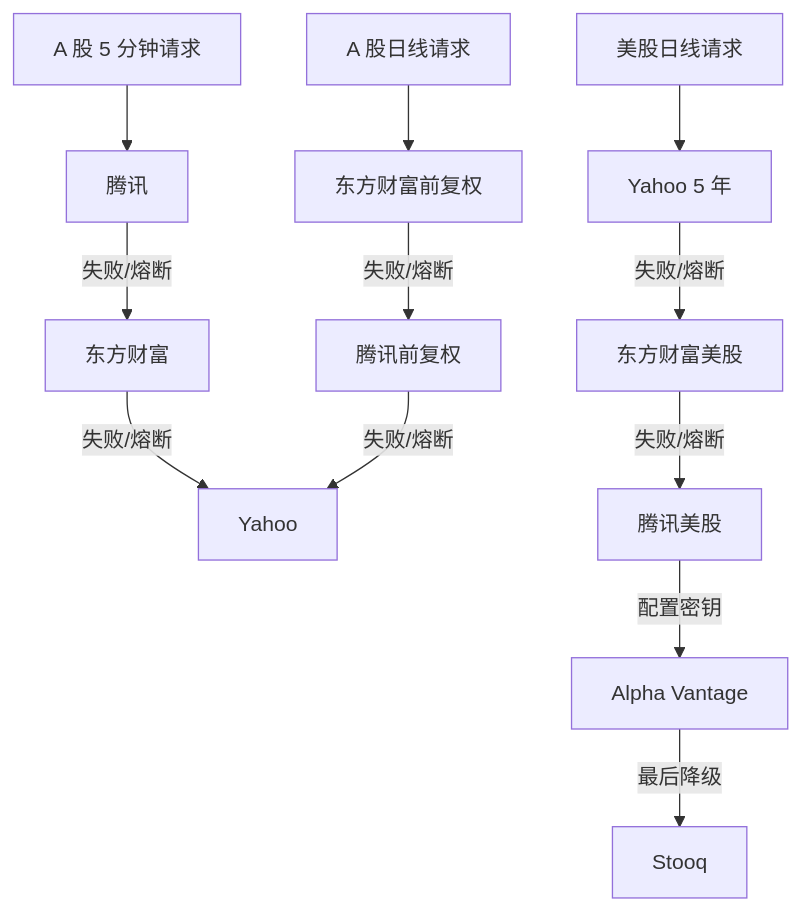
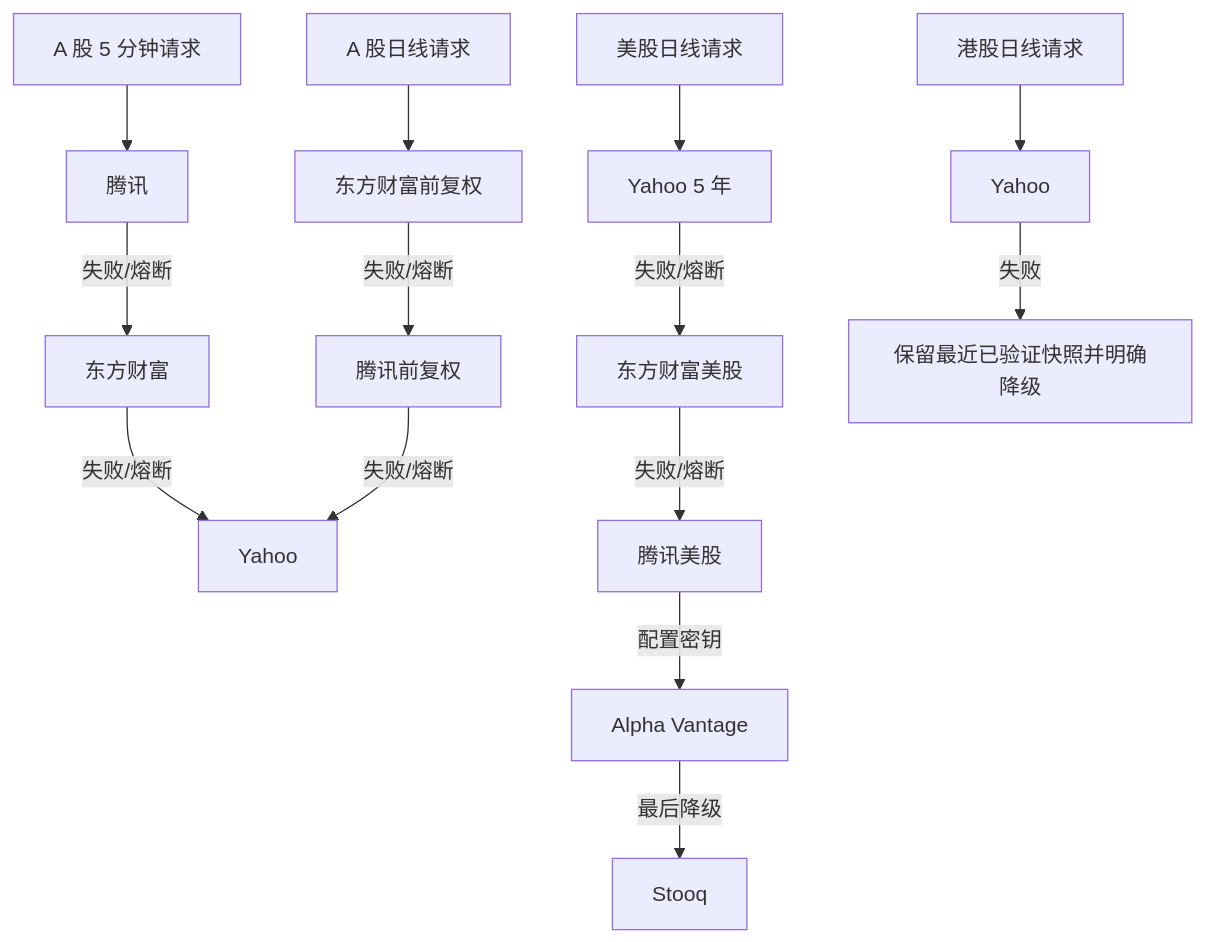
Before and after one commit to gaaiyun/TradingWorkbench: the second of 6 diagrams in README.md, drawn with Mermaid. The commit also changed other lines of this file and 54 other files, not shown here.

````diff
--- a/README.md
+++ b/README.md
@@ -83,16 +86,19 @@
 ```mermaid
 flowchart TD
     C5["A 股 5 分钟请求"] --> CT["腾讯"]
     CT -->|失败/熔断| CE["东方财富"]
     CE -->|失败/熔断| CY["Yahoo"]
 
     C1["A 股日线请求"] --> CD["东方财富前复权"]
     CD -->|失败/熔断| CQ["腾讯前复权"]
     CQ -->|失败/熔断| CY
 
     U["美股日线请求"] --> UY["Yahoo 5 年"]
     UY -->|失败/熔断| UE["东方财富美股"]
     UE -->|失败/熔断| UT["腾讯美股"]
     UT -->|配置密钥| UA["Alpha Vantage"]
     UA -->|最后降级| US["Stooq"]
+
+    H["港股日线请求"] --> HY["Yahoo"]
+    HY -->|失败| HC["保留最近已验证快照并明确降级"]
 ```
````
